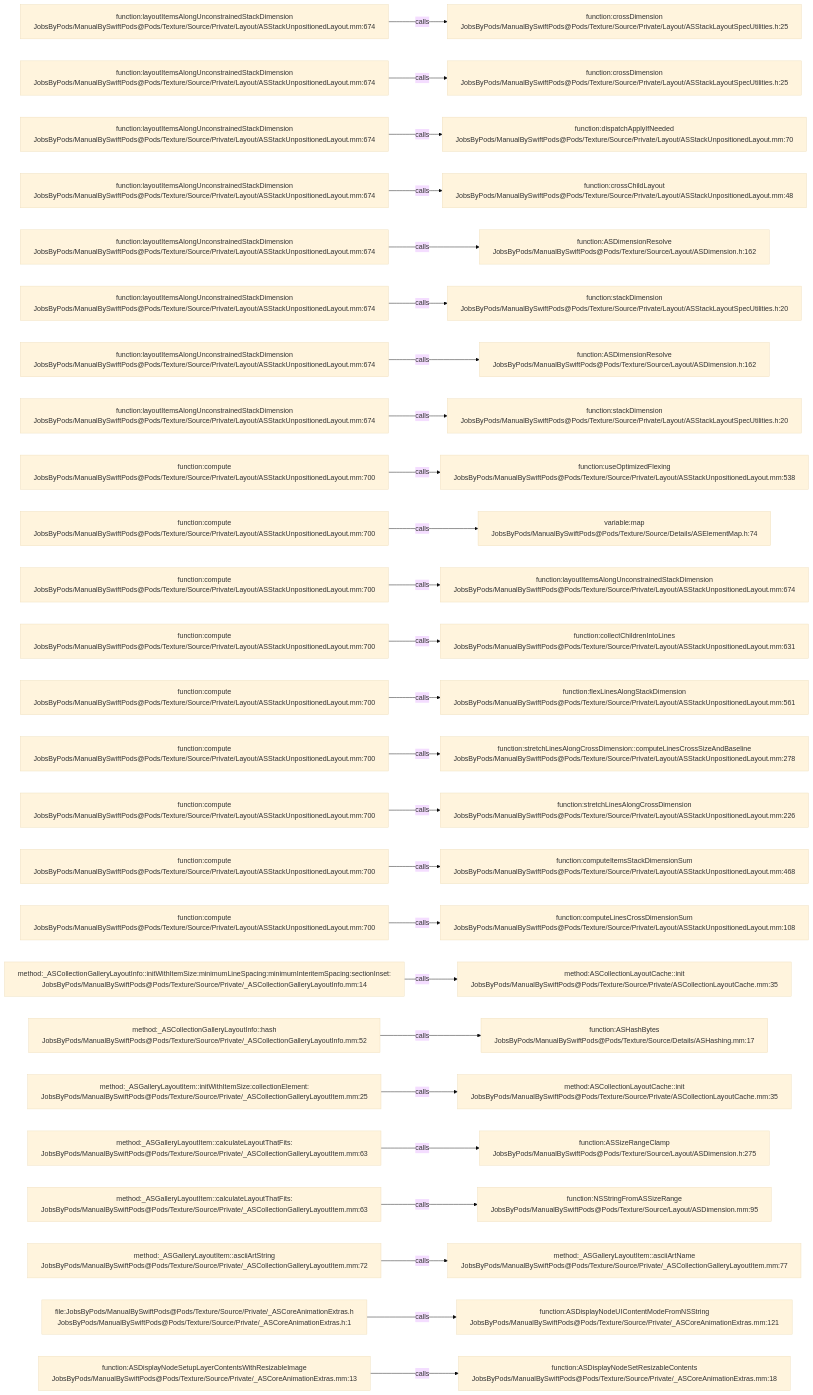
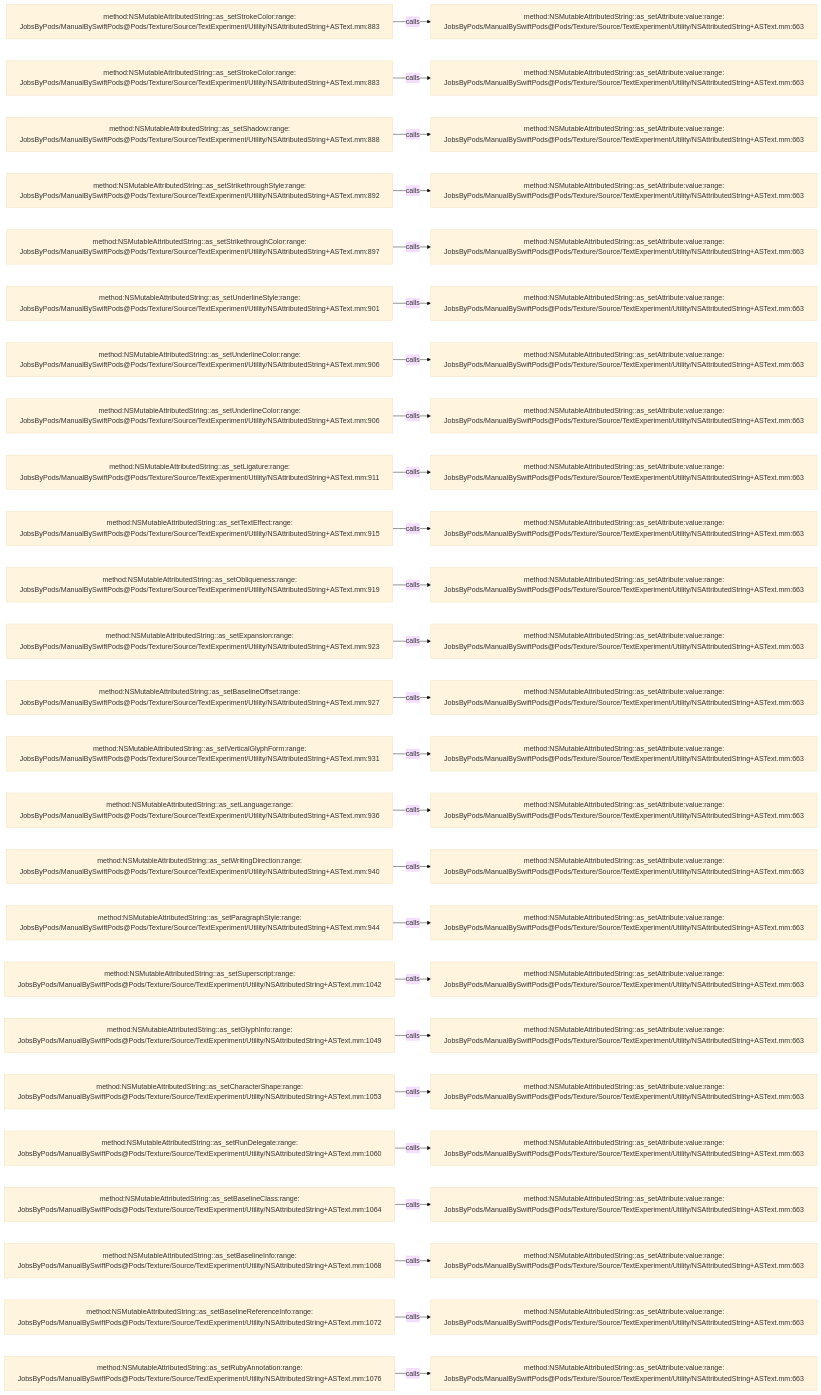
One commit to JobsKits/JobsSwiftBaseConfigDemo changed the diagram in .codegraph/codegraph.md/graphs/calls-146.md. Above: the diagram before and after it, drawn with Mermaid (base theme). The commit also changed 832 other files, not shown here.

````diff
--- a/.codegraph/codegraph.md/graphs/calls-146.md
+++ b/.codegraph/codegraph.md/graphs/calls-146.md
@@ -13,78 +13,78 @@
 ```mermaid
 flowchart LR
-  S1["function:layoutItemsAlongUnconstrainedStackDimension<br/>JobsByPods/ManualBySwiftPods@Pods/Texture/Source/Private/Layout/ASStackUnpositionedLayout.mm:674"]
-  T1["function:crossDimension<br/>JobsByPods/ManualBySwiftPods@Pods/Texture/Source/Private/Layout/ASStackLayoutSpecUtilities.h:25"]
+  S1["method:NSMutableAttributedString::as_setStrokeColor:range:<br/>JobsByPods/ManualBySwiftPods@Pods/Texture/Source/TextExperiment/Utility/NSAttributedString+ASText.mm:883"]
+  T1["method:NSMutableAttributedString::as_setAttribute:value:range:<br/>JobsByPods/ManualBySwiftPods@Pods/Texture/Source/TextExperiment/Utility/NSAttributedString+ASText.mm:663"]
   S1 -->|calls| T1
-  S2["function:layoutItemsAlongUnconstrainedStackDimension<br/>JobsByPods/ManualBySwiftPods@Pods/Texture/Source/Private/Layout/ASStackUnpositionedLayout.mm:674"]
-  T2["function:crossDimension<br/>JobsByPods/ManualBySwiftPods@Pods/Texture/Source/Private/Layout/ASStackLayoutSpecUtilities.h:25"]
+  S2["method:NSMutableAttributedString::as_setStrokeColor:range:<br/>JobsByPods/ManualBySwiftPods@Pods/Texture/Source/TextExperiment/Utility/NSAttributedString+ASText.mm:883"]
+  T2["method:NSMutableAttributedString::as_setAttribute:value:range:<br/>JobsByPods/ManualBySwiftPods@Pods/Texture/Source/TextExperiment/Utility/NSAttributedString+ASText.mm:663"]
   S2 -->|calls| T2
-  S3["function:layoutItemsAlongUnconstrainedStackDimension<br/>JobsByPods/ManualBySwiftPods@Pods/Texture/Source/Private/Layout/ASStackUnpositionedLayout.mm:674"]
-  T3["function:dispatchApplyIfNeeded<br/>JobsByPods/ManualBySwiftPods@Pods/Texture/Source/Private/Layout/ASStackUnpositionedLayout.mm:70"]
+  S3["method:NSMutableAttributedString::as_setShadow:range:<br/>JobsByPods/ManualBySwiftPods@Pods/Texture/Source/TextExperiment/Utility/NSAttributedString+ASText.mm:888"]
+  T3["method:NSMutableAttributedString::as_setAttribute:value:range:<br/>JobsByPods/ManualBySwiftPods@Pods/Texture/Source/TextExperiment/Utility/NSAttributedString+ASText.mm:663"]
   S3 -->|calls| T3
-  S4["function:layoutItemsAlongUnconstrainedStackDimension<br/>JobsByPods/ManualBySwiftPods@Pods/Texture/Source/Private/Layout/ASStackUnpositionedLayout.mm:674"]
-  T4["function:crossChildLayout<br/>JobsByPods/ManualBySwiftPods@Pods/Texture/Source/Private/Layout/ASStackUnpositionedLayout.mm:48"]
+  S4["method:NSMutableAttributedString::as_setStrikethroughStyle:range:<br/>JobsByPods/ManualBySwiftPods@Pods/Texture/Source/TextExperiment/Utility/NSAttributedString+ASText.mm:892"]
+  T4["method:NSMutableAttributedString::as_setAttribute:value:range:<br/>JobsByPods/ManualBySwiftPods@Pods/Texture/Source/TextExperiment/Utility/NSAttributedString+ASText.mm:663"]
   S4 -->|calls| T4
-  S5["function:layoutItemsAlongUnconstrainedStackDimension<br/>JobsByPods/ManualBySwiftPods@Pods/Texture/Source/Private/Layout/ASStackUnpositionedLayout.mm:674"]
-  T5["function:ASDimensionResolve<br/>JobsByPods/ManualBySwiftPods@Pods/Texture/Source/Layout/ASDimension.h:162"]
+  S5["method:NSMutableAttributedString::as_setStrikethroughColor:range:<br/>JobsByPods/ManualBySwiftPods@Pods/Texture/Source/TextExperiment/Utility/NSAttributedString+ASText.mm:897"]
+  T5["method:NSMutableAttributedString::as_setAttribute:value:range:<br/>JobsByPods/ManualBySwiftPods@Pods/Texture/Source/TextExperiment/Utility/NSAttributedString+ASText.mm:663"]
   S5 -->|calls| T5
-  S6["function:layoutItemsAlongUnconstrainedStackDimension<br/>JobsByPods/ManualBySwiftPods@Pods/Texture/Source/Private/Layout/ASStackUnpositionedLayout.mm:674"]
-  T6["function:stackDimension<br/>JobsByPods/ManualBySwiftPods@Pods/Texture/Source/Private/Layout/ASStackLayoutSpecUtilities.h:20"]
+  S6["method:NSMutableAttributedString::as_setUnderlineStyle:range:<br/>JobsByPods/ManualBySwiftPods@Pods/Texture/Source/TextExperiment/Utility/NSAttributedString+ASText.mm:901"]
+  T6["method:NSMutableAttributedString::as_setAttribute:value:range:<br/>JobsByPods/ManualBySwiftPods@Pods/Texture/Source/TextExperiment/Utility/NSAttributedString+ASText.mm:663"]
   S6 -->|calls| T6
-  S7["function:layoutItemsAlongUnconstrainedStackDimension<br/>JobsByPods/ManualBySwiftPods@Pods/Texture/Source/Private/Layout/ASStackUnpositionedLayout.mm:674"]
-  T7["function:ASDimensionResolve<br/>JobsByPods/ManualBySwiftPods@Pods/Texture/Source/Layout/ASDimension.h:162"]
+  S7["method:NSMutableAttributedString::as_setUnderlineColor:range:<br/>JobsByPods/ManualBySwiftPods@Pods/Texture/Source/TextExperiment/Utility/NSAttributedString+ASText.mm:906"]
+  T7["method:NSMutableAttributedString::as_setAttribute:value:range:<br/>JobsByPods/ManualBySwiftPods@Pods/Texture/Source/TextExperiment/Utility/NSAttributedString+ASText.mm:663"]
   S7 -->|calls| T7
-  S8["function:layoutItemsAlongUnconstrainedStackDimension<br/>JobsByPods/ManualBySwiftPods@Pods/Texture/Source/Private/Layout/ASStackUnpositionedLayout.mm:674"]
-  T8["function:stackDimension<br/>JobsByPods/ManualBySwiftPods@Pods/Texture/Source/Private/Layout/ASStackLayoutSpecUtilities.h:20"]
+  S8["method:NSMutableAttributedString::as_setUnderlineColor:range:<br/>JobsByPods/ManualBySwiftPods@Pods/Texture/Source/TextExperiment/Utility/NSAttributedString+ASText.mm:906"]
+  T8["method:NSMutableAttributedString::as_setAttribute:value:range:<br/>JobsByPods/ManualBySwiftPods@Pods/Texture/Source/TextExperiment/Utility/NSAttributedString+ASText.mm:663"]
   S8 -->|calls| T8
-  S9["function:compute<br/>JobsByPods/ManualBySwiftPods@Pods/Texture/Source/Private/Layout/ASStackUnpositionedLayout.mm:700"]
-  T9["function:useOptimizedFlexing<br/>JobsByPods/ManualBySwiftPods@Pods/Texture/Source/Private/Layout/ASStackUnpositionedLayout.mm:538"]
+  S9["method:NSMutableAttributedString::as_setLigature:range:<br/>JobsByPods/ManualBySwiftPods@Pods/Texture/Source/TextExperiment/Utility/NSAttributedString+ASText.mm:911"]
+  T9["method:NSMutableAttributedString::as_setAttribute:value:range:<br/>JobsByPods/ManualBySwiftPods@Pods/Texture/Source/TextExperiment/Utility/NSAttributedString+ASText.mm:663"]
   S9 -->|calls| T9
-  S10["function:compute<br/>JobsByPods/ManualBySwiftPods@Pods/Texture/Source/Private/Layout/ASStackUnpositionedLayout.mm:700"]
-  T10["variable:map<br/>JobsByPods/ManualBySwiftPods@Pods/Texture/Source/Details/ASElementMap.h:74"]
+  S10["method:NSMutableAttributedString::as_setTextEffect:range:<br/>JobsByPods/ManualBySwiftPods@Pods/Texture/Source/TextExperiment/Utility/NSAttributedString+ASText.mm:915"]
+  T10["method:NSMutableAttributedString::as_setAttribute:value:range:<br/>JobsByPods/ManualBySwiftPods@Pods/Texture/Source/TextExperiment/Utility/NSAttributedString+ASText.mm:663"]
   S10 -->|calls| T10
-  S11["function:compute<br/>JobsByPods/ManualBySwiftPods@Pods/Texture/Source/Private/Layout/ASStackUnpositionedLayout.mm:700"]
-  T11["function:layoutItemsAlongUnconstrainedStackDimension<br/>JobsByPods/ManualBySwiftPods@Pods/Texture/Source/Private/Layout/ASStackUnpositionedLayout.mm:674"]
+  S11["method:NSMutableAttributedString::as_setObliqueness:range:<br/>JobsByPods/ManualBySwiftPods@Pods/Texture/Source/TextExperiment/Utility/NSAttributedString+ASText.mm:919"]
+  T11["method:NSMutableAttributedString::as_setAttribute:value:range:<br/>JobsByPods/ManualBySwiftPods@Pods/Texture/Source/TextExperiment/Utility/NSAttributedString+ASText.mm:663"]
   S11 -->|calls| T11
-  S12["function:compute<br/>JobsByPods/ManualBySwiftPods@Pods/Texture/Source/Private/Layout/ASStackUnpositionedLayout.mm:700"]
-  T12["function:collectChildrenIntoLines<br/>JobsByPods/ManualBySwiftPods@Pods/Texture/Source/Private/Layout/ASStackUnpositionedLayout.mm:631"]
+  S12["method:NSMutableAttributedString::as_setExpansion:range:<br/>JobsByPods/ManualBySwiftPods@Pods/Texture/Source/TextExperiment/Utility/NSAttributedString+ASText.mm:923"]
+  T12["method:NSMutableAttributedString::as_setAttribute:value:range:<br/>JobsByPods/ManualBySwiftPods@Pods/Texture/Source/TextExperiment/Utility/NSAttributedString+ASText.mm:663"]
   S12 -->|calls| T12
-  S13["function:compute<br/>JobsByPods/ManualBySwiftPods@Pods/Texture/Source/Private/Layout/ASStackUnpositionedLayout.mm:700"]
-  T13["function:flexLinesAlongStackDimension<br/>JobsByPods/ManualBySwiftPods@Pods/Texture/Source/Private/Layout/ASStackUnpositionedLayout.mm:561"]
+  S13["method:NSMutableAttributedString::as_setBaselineOffset:range:<br/>JobsByPods/ManualBySwiftPods@Pods/Texture/Source/TextExperiment/Utility/NSAttributedString+ASText.mm:927"]
+  T13["method:NSMutableAttributedString::as_setAttribute:value:range:<br/>JobsByPods/ManualBySwiftPods@Pods/Texture/Source/TextExperiment/Utility/NSAttributedString+ASText.mm:663"]
   S13 -->|calls| T13
-  S14["function:compute<br/>JobsByPods/ManualBySwiftPods@Pods/Texture/Source/Private/Layout/ASStackUnpositionedLayout.mm:700"]
-  T14["function:stretchLinesAlongCrossDimension::computeLinesCrossSizeAndBaseline<br/>JobsByPods/ManualBySwiftPods@Pods/Texture/Source/Private/Layout/ASStackUnpositionedLayout.mm:278"]
+  S14["method:NSMutableAttributedString::as_setVerticalGlyphForm:range:<br/>JobsByPods/ManualBySwiftPods@Pods/Texture/Source/TextExperiment/Utility/NSAttributedString+ASText.mm:931"]
+  T14["method:NSMutableAttributedString::as_setAttribute:value:range:<br/>JobsByPods/ManualBySwiftPods@Pods/Texture/Source/TextExperiment/Utility/NSAttributedString+ASText.mm:663"]
   S14 -->|calls| T14
-  S15["function:compute<br/>JobsByPods/ManualBySwiftPods@Pods/Texture/Source/Private/Layout/ASStackUnpositionedLayout.mm:700"]
-  T15["function:stretchLinesAlongCrossDimension<br/>JobsByPods/ManualBySwiftPods@Pods/Texture/Source/Private/Layout/ASStackUnpositionedLayout.mm:226"]
+  S15["method:NSMutableAttributedString::as_setLanguage:range:<br/>JobsByPods/ManualBySwiftPods@Pods/Texture/Source/TextExperiment/Utility/NSAttributedString+ASText.mm:936"]
+  T15["method:NSMutableAttributedString::as_setAttribute:value:range:<br/>JobsByPods/ManualBySwiftPods@Pods/Texture/Source/TextExperiment/Utility/NSAttributedString+ASText.mm:663"]
   S15 -->|calls| T15
-  S16["function:compute<br/>JobsByPods/ManualBySwiftPods@Pods/Texture/Source/Private/Layout/ASStackUnpositionedLayout.mm:700"]
-  T16["function:computeItemsStackDimensionSum<br/>JobsByPods/ManualBySwiftPods@Pods/Texture/Source/Private/Layout/ASStackUnpositionedLayout.mm:468"]
+  S16["method:NSMutableAttributedString::as_setWritingDirection:range:<br/>JobsByPods/ManualBySwiftPods@Pods/Texture/Source/TextExperiment/Utility/NSAttributedString+ASText.mm:940"]
+  T16["method:NSMutableAttributedString::as_setAttribute:value:range:<br/>JobsByPods/ManualBySwiftPods@Pods/Texture/Source/TextExperiment/Utility/NSAttributedString+ASText.mm:663"]
   S16 -->|calls| T16
-  S17["function:compute<br/>JobsByPods/ManualBySwiftPods@Pods/Texture/Source/Private/Layout/ASStackUnpositionedLayout.mm:700"]
-  T17["function:computeLinesCrossDimensionSum<br/>JobsByPods/ManualBySwiftPods@Pods/Texture/Source/Private/Layout/ASStackUnpositionedLayout.mm:108"]
+  S17["method:NSMutableAttributedString::as_setParagraphStyle:range:<br/>JobsByPods/ManualBySwiftPods@Pods/Texture/Source/TextExperiment/Utility/NSAttributedString+ASText.mm:944"]
+  T17["method:NSMutableAttributedString::as_setAttribute:value:range:<br/>JobsByPods/ManualBySwiftPods@Pods/Texture/Source/TextExperiment/Utility/NSAttributedString+ASText.mm:663"]
   S17 -->|calls| T17
-  S18["method:_ASCollectionGalleryLayoutInfo::initWithItemSize:minimumLineSpacing:minimumInteritemSpacing:sectionInset:<br/>JobsByPods/ManualBySwiftPods@Pods/Texture/Source/Private/_ASCollectionGalleryLayoutInfo.mm:14"]
-  T18["method:ASCollectionLayoutCache::init<br/>JobsByPods/ManualBySwiftPods@Pods/Texture/Source/Private/ASCollectionLayoutCache.mm:35"]
+  S18["method:NSMutableAttributedString::as_setSuperscript:range:<br/>JobsByPods/ManualBySwiftPods@Pods/Texture/Source/TextExperiment/Utility/NSAttributedString+ASText.mm:1042"]
+  T18["method:NSMutableAttributedString::as_setAttribute:value:range:<br/>JobsByPods/ManualBySwiftPods@Pods/Texture/Source/TextExperiment/Utility/NSAttributedString+ASText.mm:663"]
   S18 -->|calls| T18
-  S19["method:_ASCollectionGalleryLayoutInfo::hash<br/>JobsByPods/ManualBySwiftPods@Pods/Texture/Source/Private/_ASCollectionGalleryLayoutInfo.mm:52"]
-  T19["function:ASHashBytes<br/>JobsByPods/ManualBySwiftPods@Pods/Texture/Source/Details/ASHashing.mm:17"]
+  S19["method:NSMutableAttributedString::as_setGlyphInfo:range:<br/>JobsByPods/ManualBySwiftPods@Pods/Texture/Source/TextExperiment/Utility/NSAttributedString+ASText.mm:1049"]
+  T19["method:NSMutableAttributedString::as_setAttribute:value:range:<br/>JobsByPods/ManualBySwiftPods@Pods/Texture/Source/TextExperiment/Utility/NSAttributedString+ASText.mm:663"]
   S19 -->|calls| T19
-  S20["method:_ASGalleryLayoutItem::initWithItemSize:collectionElement:<br/>JobsByPods/ManualBySwiftPods@Pods/Texture/Source/Private/_ASCollectionGalleryLayoutItem.mm:25"]
-  T20["method:ASCollectionLayoutCache::init<br/>JobsByPods/ManualBySwiftPods@Pods/Texture/Source/Private/ASCollectionLayoutCache.mm:35"]
+  S20["method:NSMutableAttributedString::as_setCharacterShape:range:<br/>JobsByPods/ManualBySwiftPods@Pods/Texture/Source/TextExperiment/Utility/NSAttributedString+ASText.mm:1053"]
+  T20["method:NSMutableAttributedString::as_setAttribute:value:range:<br/>JobsByPods/ManualBySwiftPods@Pods/Texture/Source/TextExperiment/Utility/NSAttributedString+ASText.mm:663"]
   S20 -->|calls| T20
-  S21["method:_ASGalleryLayoutItem::calculateLayoutThatFits:<br/>JobsByPods/ManualBySwiftPods@Pods/Texture/Source/Private/_ASCollectionGalleryLayoutItem.mm:63"]
-  T21["function:ASSizeRangeClamp<br/>JobsByPods/ManualBySwiftPods@Pods/Texture/Source/Layout/ASDimension.h:275"]
+  S21["method:NSMutableAttributedString::as_setRunDelegate:range:<br/>JobsByPods/ManualBySwiftPods@Pods/Texture/Source/TextExperiment/Utility/NSAttributedString+ASText.mm:1060"]
+  T21["method:NSMutableAttributedString::as_setAttribute:value:range:<br/>JobsByPods/ManualBySwiftPods@Pods/Texture/Source/TextExperiment/Utility/NSAttributedString+ASText.mm:663"]
   S21 -->|calls| T21
-  S22["method:_ASGalleryLayoutItem::calculateLayoutThatFits:<br/>JobsByPods/ManualBySwiftPods@Pods/Texture/Source/Private/_ASCollectionGalleryLayoutItem.mm:63"]
-  T22["function:NSStringFromASSizeRange<br/>JobsByPods/ManualBySwiftPods@Pods/Texture/Source/Layout/ASDimension.mm:95"]
+  S22["method:NSMutableAttributedString::as_setBaselineClass:range:<br/>JobsByPods/ManualBySwiftPods@Pods/Texture/Source/TextExperiment/Utility/NSAttributedString+ASText.mm:1064"]
+  T22["method:NSMutableAttributedString::as_setAttribute:value:range:<br/>JobsByPods/ManualBySwiftPods@Pods/Texture/Source/TextExperiment/Utility/NSAttributedString+ASText.mm:663"]
   S22 -->|calls| T22
-  S23["method:_ASGalleryLayoutItem::asciiArtString<br/>JobsByPods/ManualBySwiftPods@Pods/Texture/Source/Private/_ASCollectionGalleryLayoutItem.mm:72"]
-  T23["method:_ASGalleryLayoutItem::asciiArtName<br/>JobsByPods/ManualBySwiftPods@Pods/Texture/Source/Private/_ASCollectionGalleryLayoutItem.mm:77"]
+  S23["method:NSMutableAttributedString::as_setBaselineInfo:range:<br/>JobsByPods/ManualBySwiftPods@Pods/Texture/Source/TextExperiment/Utility/NSAttributedString+ASText.mm:1068"]
+  T23["method:NSMutableAttributedString::as_setAttribute:value:range:<br/>JobsByPods/ManualBySwiftPods@Pods/Texture/Source/TextExperiment/Utility/NSAttributedString+ASText.mm:663"]
   S23 -->|calls| T23
-  S24["file:JobsByPods/ManualBySwiftPods@Pods/Texture/Source/Private/_ASCoreAnimationExtras.h<br/>JobsByPods/ManualBySwiftPods@Pods/Texture/Source/Private/_ASCoreAnimationExtras.h:1"]
-  T24["function:ASDisplayNodeUIContentModeFromNSString<br/>JobsByPods/ManualBySwiftPods@Pods/Texture/Source/Private/_ASCoreAnimationExtras.mm:121"]
+  S24["method:NSMutableAttributedString::as_setBaselineReferenceInfo:range:<br/>JobsByPods/ManualBySwiftPods@Pods/Texture/Source/TextExperiment/Utility/NSAttributedString+ASText.mm:1072"]
+  T24["method:NSMutableAttributedString::as_setAttribute:value:range:<br/>JobsByPods/ManualBySwiftPods@Pods/Texture/Source/TextExperiment/Utility/NSAttributedString+ASText.mm:663"]
   S24 -->|calls| T24
-  S25["function:ASDisplayNodeSetupLayerContentsWithResizableImage<br/>JobsByPods/ManualBySwiftPods@Pods/Texture/Source/Private/_ASCoreAnimationExtras.mm:13"]
-  T25["function:ASDisplayNodeSetResizableContents<br/>JobsByPods/ManualBySwiftPods@Pods/Texture/Source/Private/_ASCoreAnimationExtras.mm:18"]
+  S25["method:NSMutableAttributedString::as_setRubyAnnotation:range:<br/>JobsByPods/ManualBySwiftPods@Pods/Texture/Source/TextExperiment/Utility/NSAttributedString+ASText.mm:1076"]
+  T25["method:NSMutableAttributedString::as_setAttribute:value:range:<br/>JobsByPods/ManualBySwiftPods@Pods/Texture/Source/TextExperiment/Utility/NSAttributedString+ASText.mm:663"]
   S25 -->|calls| T25
 ```
````
